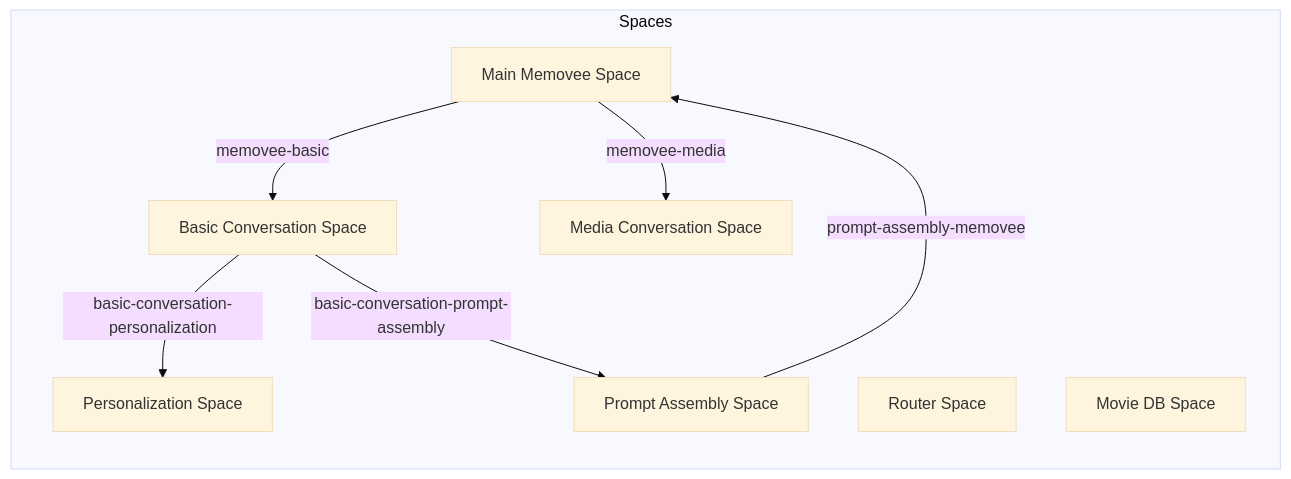
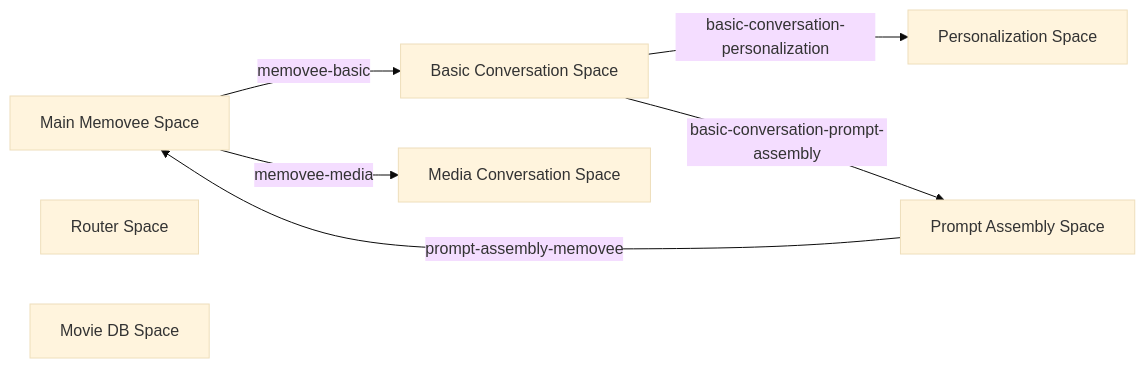
The diagram in README.md (upmaru/memovee-tama), drawn with Mermaid (base theme) before and after one commit.

Commit message:
Make it LR

````diff
--- a/README.md
+++ b/README.md
@@ -58,26 +58,22 @@
 ```mermaid
 graph LR
-    subgraph Spaces
-        A[Main Memovee Space] 
-        B[Basic Conversation Space]
-        C[Media Conversation Space]
-        D[Personalization Space]
-        E[Prompt Assembly Space]
-        F[Router Space]
-        G[Movie DB Space]
-    end
-    
+    A[Main Memovee Space]
+    B[Basic Conversation Space]
+    C[Media Conversation Space]
+    D[Personalization Space]
+    E[Prompt Assembly Space]
+    F[Router Space]
+    G[Movie DB Space]
     A -- "memovee-basic" --> B
     A -- "memovee-media" --> C
     B -- "basic-conversation-personalization" --> D
     B -- "basic-conversation-prompt-assembly" --> E
     E -- "prompt-assembly-memovee" --> A
-    
     style A fill:#bbdefb stroke:#333
     style B fill:#c8e6c9 stroke:#333
     style C fill:#ffe0b2 stroke:#333
     style D fill:#f8b6c0 stroke:#333
     style E fill:#e1bee7 stroke:#333
-    style F fill:#d7ccc8 stroke:#333
-    style G fill:#ffd599 stroke:#333
+    style F fill:#ffd599 stroke:#333
+    style G fill:#d7ccc8 stroke:#333
 ```
````
